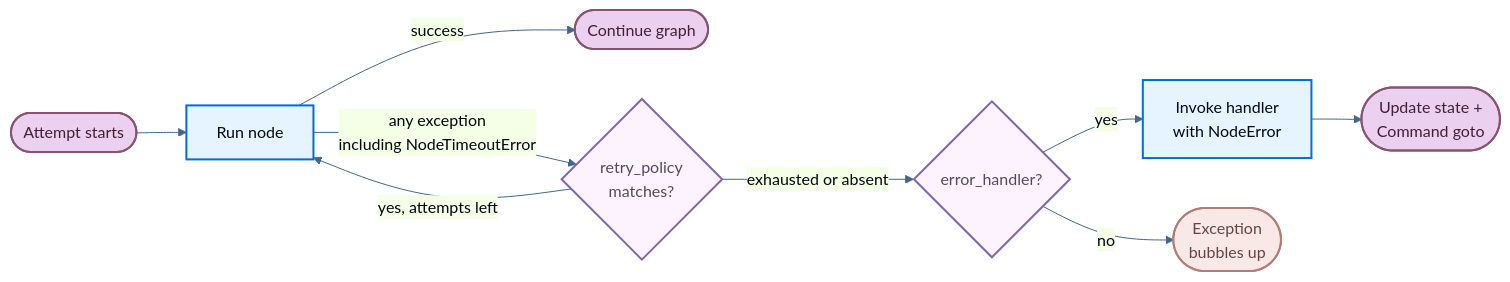
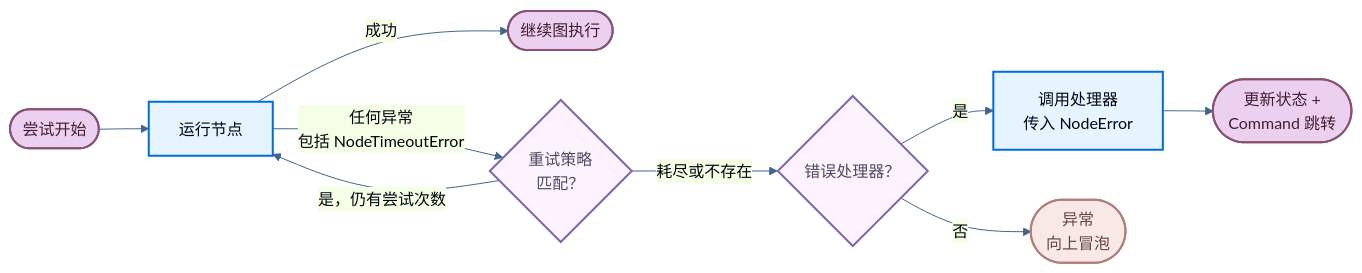
Before and after one commit to kunfan96/cndocs-langchain: the diagram in oss/python/langgraph/fault-tolerance.mdx, drawn with Mermaid. The commit also changed other lines of this file and 2498 other files, not shown here.

````diff
--- a/oss/python/langgraph/fault-tolerance.mdx
+++ b/oss/python/langgraph/fault-tolerance.mdx
@@ -20,22 +20,22 @@
 ```mermaid
 %%{init:{'theme':'base','themeVariables':{'lineColor':'#40668D','primaryColor':'#E5F4FF','primaryTextColor':'#030710','primaryBorderColor':'#006DDD'}}}%%
 flowchart LR
-    start([Attempt starts]) --> exec[Run node]
-    exec -->|"success"| done([Continue graph])
-    exec -->|"any exception<br/>including NodeTimeoutError"| retry{retry_policy<br/>matches?}
-    retry -->|"yes, attempts left"| exec
-    retry -->|"exhausted or absent"| handler{error_handler?}
-    handler -->|"yes"| run_handler["Invoke handler<br/>with NodeError"]
-    run_handler --> route([Update state +<br/>Command goto])
-    handler -->|"no"| bubble([Exception<br/>bubbles up])
+    start([尝试开始]) --> exec[运行节点]
+    exec -->|"成功"| done([继续图执行])
+    exec -->|"任何异常<br/>包括 NodeTimeoutError"| retry{重试策略<br/>匹配？}
+    retry -->|"是，仍有尝试次数"| exec
+    retry -->|"耗尽或不存在"| handler{错误处理器？}
+    handler -->|"是"| run_handler["调用处理器<br/>传入 NodeError"]
+    run_handler --> route([更新状态 +<br/>Command 跳转])
+    handler -->|"否"| bubble([异常<br/>向上冒泡])
 
     classDef process fill:#E5F4FF,stroke:#006DDD,stroke-width:2px,color:#030710
     classDef decision fill:#FDF3FF,stroke:#7E65AE,stroke-width:2px,color:#504B5F
     classDef alert fill:#F8E8E6,stroke:#B27D75,stroke-width:2px,color:#634643
     classDef output fill:#EBD0F0,stroke:#885270,stroke-width:2px,color:#441E33
 
     class exec,run_handler process
     class retry,handler decision
     class bubble alert
     class done,route,start output
 ```
````
